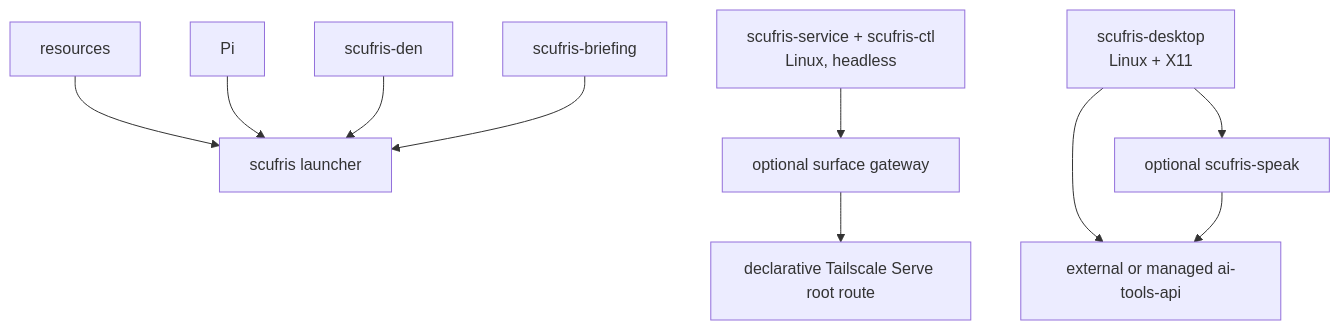
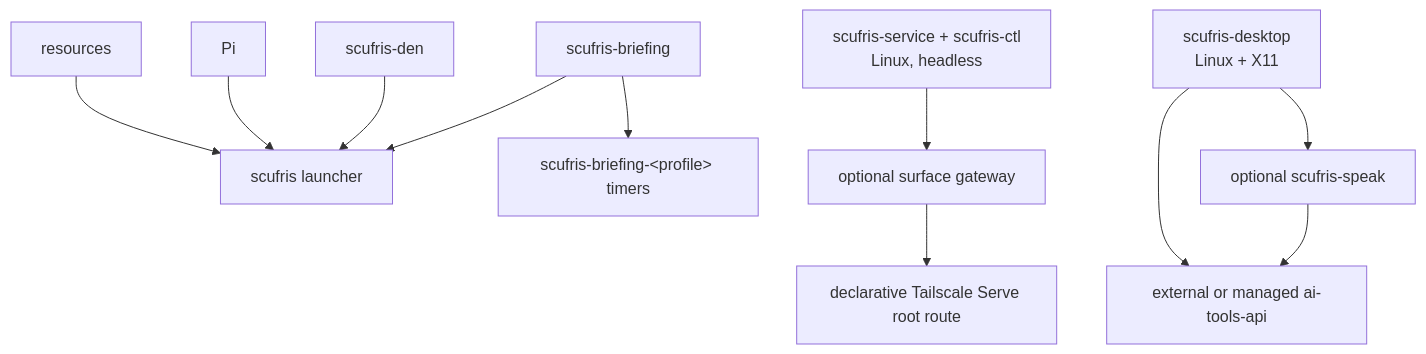
One commit to alexjercan/scufris2 changed the fifth of 5 diagrams in docs/src/dev/architecture.md. Above: the diagram before and after it, drawn with Mermaid. The commit also changed other lines of this file and 24 other files, not shown here.

````diff
--- a/docs/src/dev/architecture.md
+++ b/docs/src/dev/architecture.md
@@ -123,12 +123,13 @@
 ```mermaid
 flowchart TB
     Resources[resources] --> Launcher[scufris launcher]
     Pi[Pi] --> Launcher
     Den[scufris-den] --> Launcher
     Briefing[scufris-briefing] --> Launcher
+    Briefing --> Timers["scufris-briefing-&lt;profile&gt; timers"]
     Service["scufris-service + scufris-ctl<br/>Linux, headless"] --> Gateway["optional surface gateway"]
     Gateway --> Tailscale[declarative Tailscale Serve root route]
     Desktop["scufris-desktop<br/>Linux + X11"] --> Speak[optional scufris-speak]
     Desktop --> API[external or managed ai-tools-api]
     Speak --> API
 ```
````
